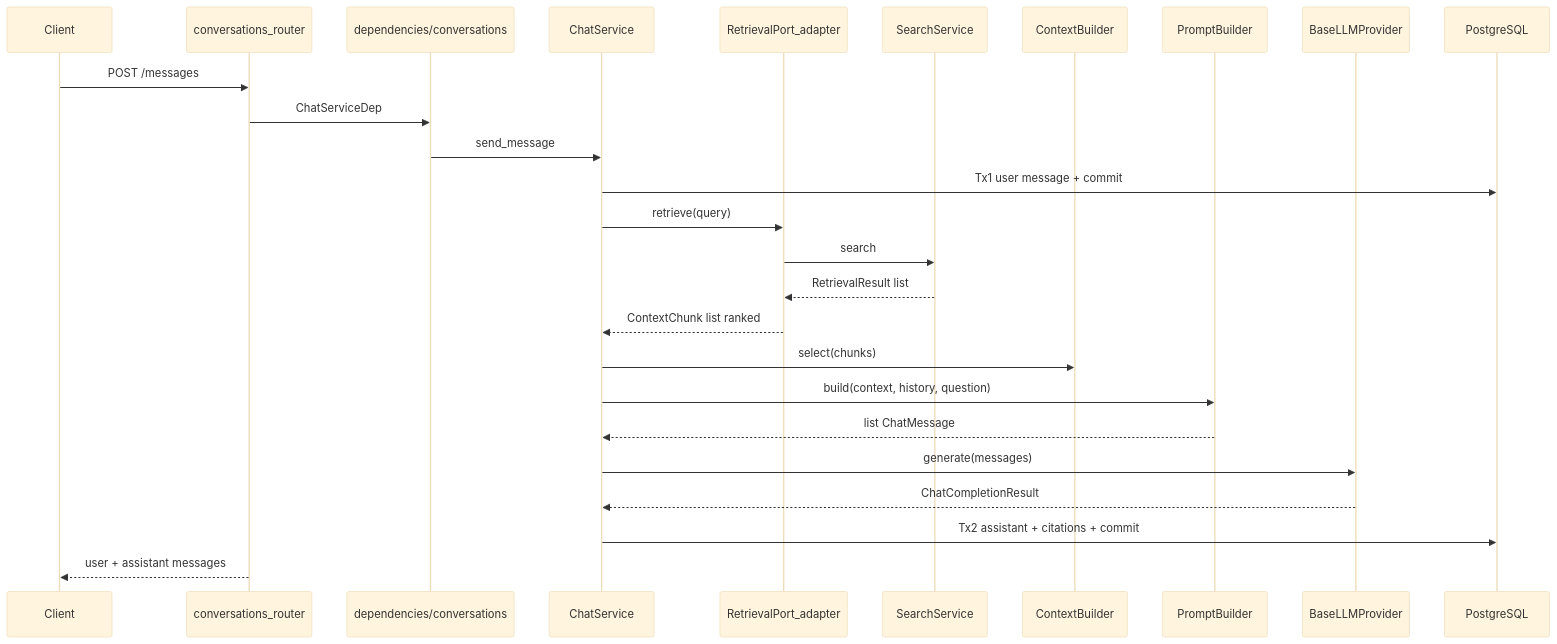
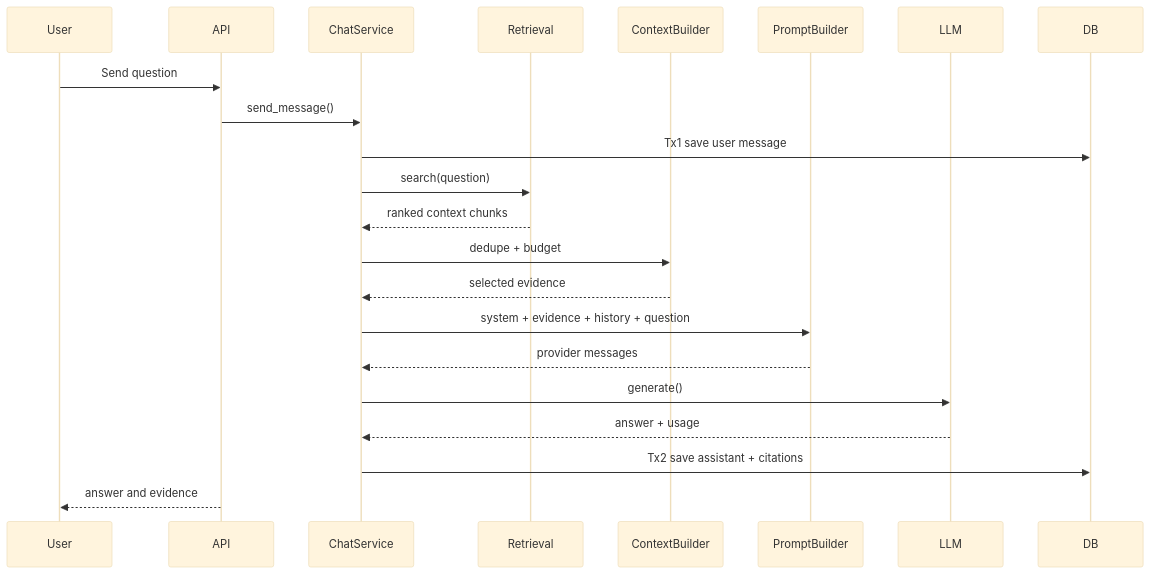
The diagram in docs/learning/conversation_rag_journey.md (Jrahimin/rag-builder), drawn with Mermaid (base theme) before and after one commit. The commit also changed other lines of this file and 17 other files, not shown here.

````diff
--- a/docs/learning/conversation_rag_journey.md
+++ b/docs/learning/conversation_rag_journey.md
@@ -25,29 +19,25 @@
 ```mermaid
 sequenceDiagram
-    participant Client
-    participant Router as conversations_router
-    participant DI as dependencies/conversations
-    participant Chat as ChatService
-    participant Port as RetrievalPort_adapter
-    participant Search as SearchService
-    participant Ctx as ContextBuilder
-    participant Prm as PromptBuilder
-    participant LLM as BaseLLMProvider
-    participant DB as PostgreSQL
+    participant User
+    participant API
+    participant ChatService
+    participant Retrieval
+    participant ContextBuilder
+    participant PromptBuilder
+    participant LLM
+    participant DB
 
-    Client->>Router: POST /messages
-    Router->>DI: ChatServiceDep
-    DI->>Chat: send_message
-    Chat->>DB: Tx1 user message + commit
-    Chat->>Port: retrieve(query)
-    Port->>Search: search
-    Search-->>Port: RetrievalResult list
-    Port-->>Chat: ContextChunk list ranked
-    Chat->>Ctx: select(chunks)
-    Chat->>Prm: build(context, history, question)
-    Prm-->>Chat: list ChatMessage
-    Chat->>LLM: generate(messages)
-    LLM-->>Chat: ChatCompletionResult
-    Chat->>DB: Tx2 assistant + citations + commit
-    Router-->>Client: user + assistant messages
+    User->>API: Send question
+    API->>ChatService: send_message()
+    ChatService->>DB: Tx1 save user message
+    ChatService->>Retrieval: search(question)
+    Retrieval-->>ChatService: ranked context chunks
+    ChatService->>ContextBuilder: dedupe + budget
+    ContextBuilder-->>ChatService: selected evidence
+    ChatService->>PromptBuilder: system + evidence + history + question
+    PromptBuilder-->>ChatService: provider messages
+    ChatService->>LLM: generate()
+    LLM-->>ChatService: answer + usage
+    ChatService->>DB: Tx2 save assistant + citations
+    API-->>User: answer and evidence
 ```
````
